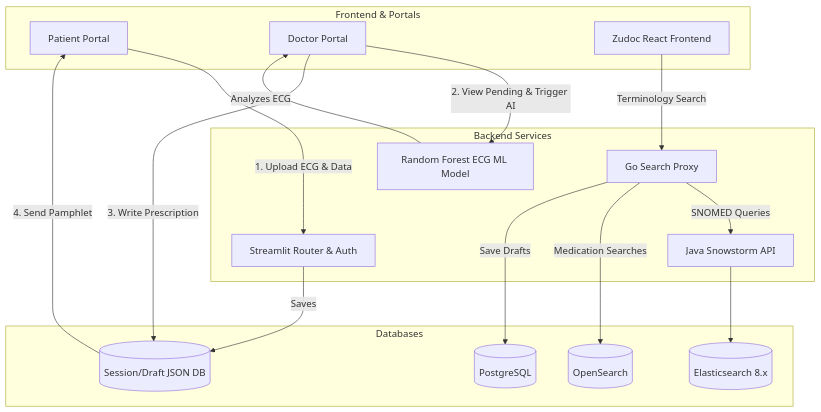
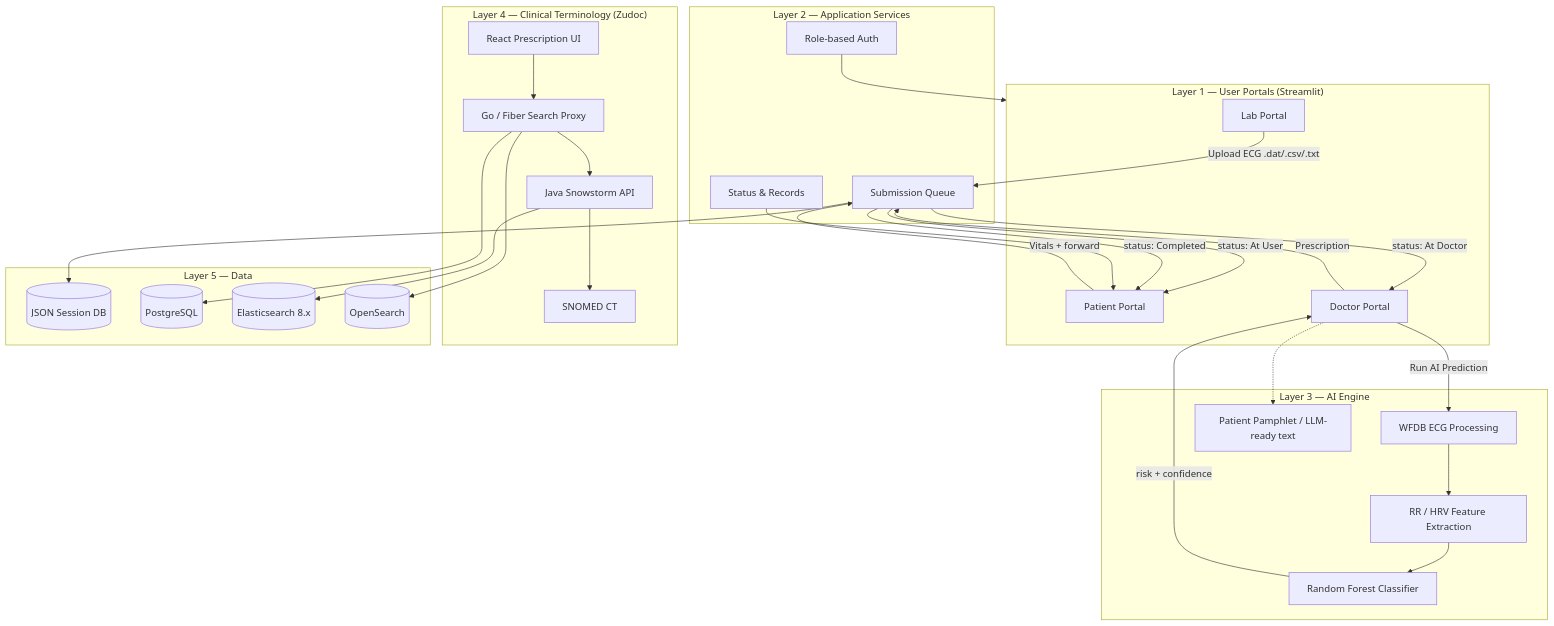
One commit to Saravanan2005real/AI-powered-health-risk-analyzer changed the first of 2 diagrams in README.md. Above: the diagram before and after it, drawn with Mermaid. The commit also changed other lines of this file and 22 other files, not shown here.

First line of the commit message:
Document HealthGuard architecture and ship Lab-Patient-Doctor workflow.

````diff
--- a/README.md
+++ b/README.md
@@ -15,35 +34,55 @@
 ```mermaid
-graph TD
-    subgraph "Frontend & Portals"
-        PatientUI[Patient Portal]
-        DoctorUI[Doctor Portal]
-        ZudocUI[Zudoc React Frontend]
+flowchart TB
+    subgraph Portals["Layer 1 — User Portals (Streamlit)"]
+        Lab[Lab Portal]
+        Patient[Patient Portal]
+        Doctor[Doctor Portal]
     end
 
-    subgraph "Backend Services"
-        StreamlitRouter[Streamlit Router & Auth]
-        PredictionEngine[Random Forest ECG ML Model]
-        SearchProxy[Go Search Proxy]
-        JavaAPI[Java Snowstorm API]
+    subgraph App["Layer 2 — Application Services"]
+        Auth[Role-based Auth]
+        Queue[Submission Queue]
+        Notif[Status & Records]
     end
 
-    subgraph "Databases"
-        JSONDB[(Session/Draft JSON DB)]
-        Postgres[(PostgreSQL)]
-        ES[(Elasticsearch 8.x)]
-        OpenSearch[(OpenSearch)]
+    subgraph AI["Layer 3 — AI Engine"]
+        WFDB[WFDB ECG Processing]
+        Feat[RR / HRV Feature Extraction]
+        RF[Random Forest Classifier]
+        Llama[Patient Pamphlet / LLM-ready text]
     end
 
-    PatientUI -- "1. Upload ECG & Data" --> StreamlitRouter
-    StreamlitRouter -- "Saves" --> JSONDB
-    DoctorUI -- "2. View Pending & Trigger AI" --> PredictionEngine
-    PredictionEngine -- "Analyzes ECG" --> DoctorUI
-    DoctorUI -- "3. Write Prescription" --> JSONDB
-    JSONDB -- "4. Send Pamphlet" --> PatientUI
-    
-    ZudocUI -- "Terminology Search" --> SearchProxy
-    SearchProxy -- "SNOMED Queries" --> JavaAPI
-    JavaAPI --> ES
-    SearchProxy -- "Medication Searches" --> OpenSearch
-    SearchProxy -- "Save Drafts" --> Postgres
+    subgraph Clinical["Layer 4 — Clinical Terminology (Zudoc)"]
+        ReactUI[React Prescription UI]
+        GoProxy[Go / Fiber Search Proxy]
+        Snowstorm[Java Snowstorm API]
+        SNOMED[SNOMED CT]
+    end
+
+    subgraph Data["Layer 5 — Data"]
+        JSON[(JSON Session DB)]
+        PG[(PostgreSQL)]
+        ES[(Elasticsearch 8.x)]
+        OS[(OpenSearch)]
+    end
+
+    Lab -->|Upload ECG .dat/.csv/.txt| Queue
+    Queue -->|status: At User| Patient
+    Patient -->|Vitals + forward| Queue
+    Queue -->|status: At Doctor| Doctor
+    Doctor -->|Run AI Prediction| WFDB
+    WFDB --> Feat --> RF
+    RF -->|risk + confidence| Doctor
+    Doctor -->|Prescription| Queue
+    Queue -->|status: Completed| Patient
+    Doctor -.-> Llama
+
+    ReactUI --> GoProxy
+    GoProxy --> Snowstorm --> ES
+    Snowstorm --> SNOMED
+    GoProxy --> OS
+    GoProxy --> PG
+    Queue --> JSON
+    Auth --> Portals
+    Notif --> Patient
 ```
````
